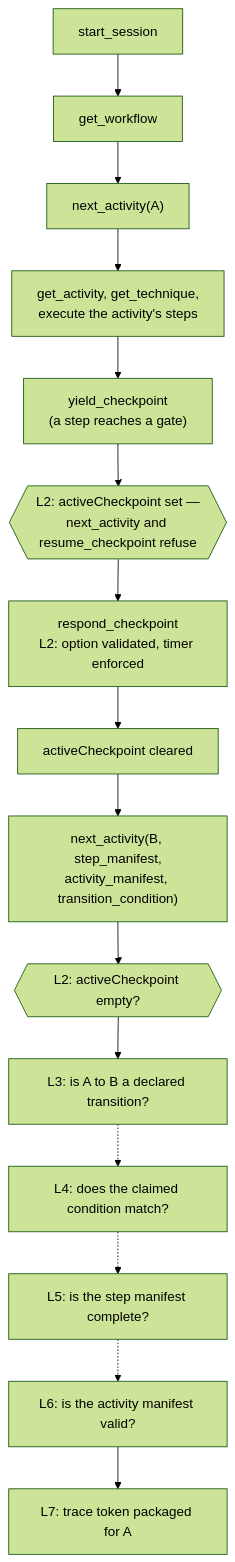
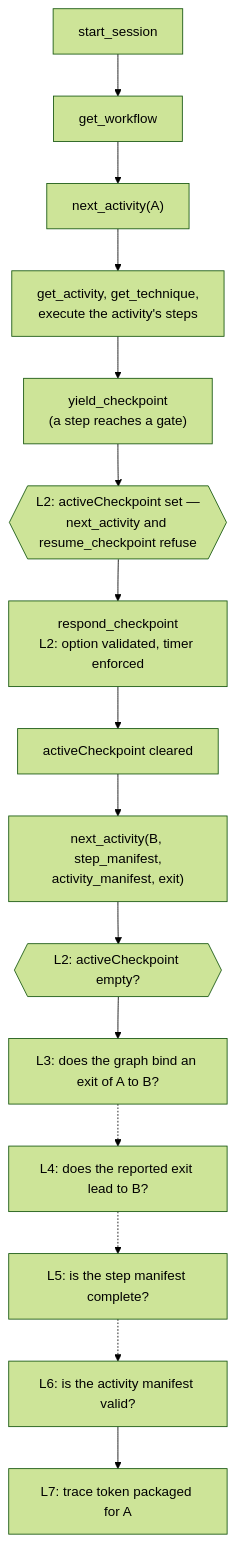
One commit to m2ux/workflow-server changed the diagram in docs/workflow-fidelity.md. Above: the diagram before and after it, drawn with Mermaid (forest theme). The commit also changed other lines of this file and 8 other files, not shown here.

````diff
--- a/docs/workflow-fidelity.md
+++ b/docs/workflow-fidelity.md
@@ -20,17 +20,17 @@
 ```mermaid
 flowchart TD
     startSession["start_session"] --> getWorkflow["get_workflow"]
     getWorkflow --> nextA["next_activity(A)"]
     nextA --> steps["get_activity, get_technique,\nexecute the activity's steps"]
     steps --> yieldCp["yield_checkpoint\n(a step reaches a gate)"]
     yieldCp --> gate{{"L2: activeCheckpoint set —\nnext_activity and resume_checkpoint refuse"}}
     gate --> respond["respond_checkpoint\nL2: option validated, timer enforced"]
     respond --> cleared["activeCheckpoint cleared"]
-    cleared --> nextB["next_activity(B, step_manifest,\nactivity_manifest, transition_condition)"]
+    cleared --> nextB["next_activity(B, step_manifest,\nactivity_manifest, exit)"]
     nextB --> hardGate{{"L2: activeCheckpoint empty?"}}
-    hardGate --> transCheck["L3: is A to B a declared transition?"]
-    transCheck -.-> condCheck["L4: does the claimed condition match?"]
+    hardGate --> transCheck["L3: does the graph bind an exit of A to B?"]
+    transCheck -.-> condCheck["L4: does the reported exit lead to B?"]
     condCheck -.-> stepCheck["L5: is the step manifest complete?"]
     stepCheck -.-> actCheck["L6: is the activity manifest valid?"]
     actCheck --> tracePackage["L7: trace token packaged for A"]
 ```
````
